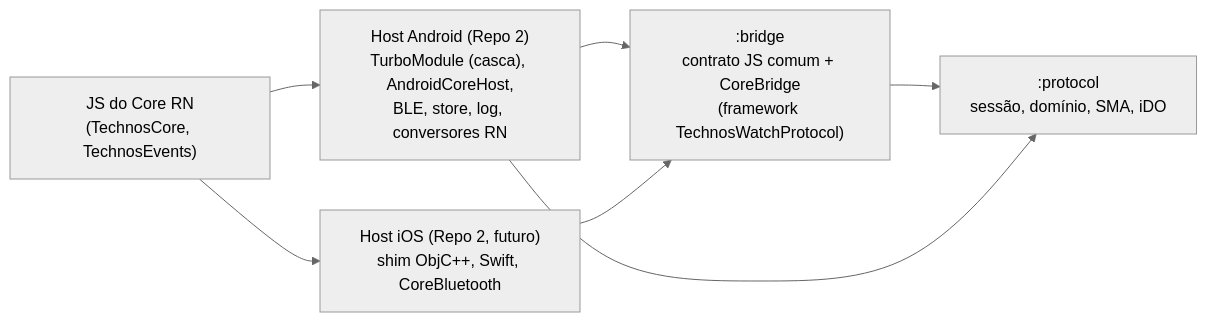
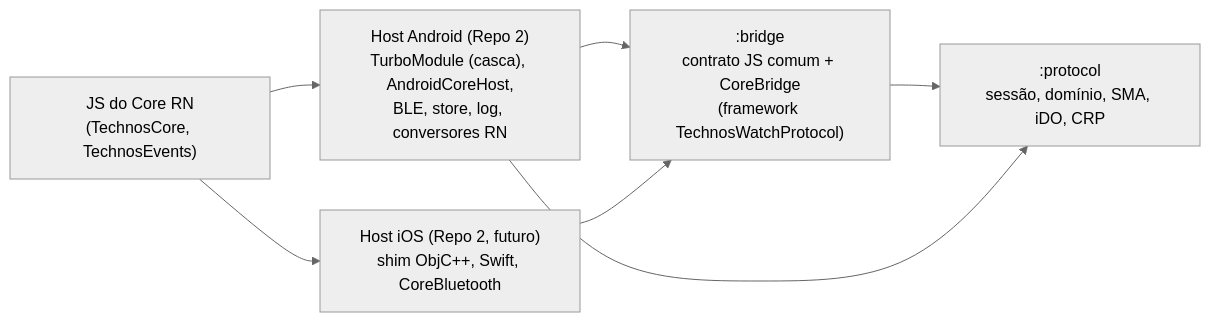
Before and after one commit to jsimonassi/technos-watch-protocol: the first of 8 diagrams in docs/arquitetura.md, drawn with Mermaid (neutral theme). The commit also changed other lines of this file and 78 other files, not shown here.

````diff
--- a/docs/arquitetura.md
+++ b/docs/arquitetura.md
@@ -16,14 +16,14 @@
 ```mermaid
 flowchart LR
 	rnjs["JS do Core RN<br/>(TechnosCore, TechnosEvents)"]
 	android["Host Android (Repo 2)<br/>TurboModule (casca), AndroidCoreHost,<br/>BLE, store, log, conversores RN"]
 	ios["Host iOS (Repo 2, futuro)<br/>shim ObjC++, Swift, CoreBluetooth"]
 	bridge[":bridge<br/>contrato JS comum + CoreBridge<br/>(framework TechnosWatchProtocol)"]
-	protocol[":protocol<br/>sessão, domínio, SMA, iDO"]
+	protocol[":protocol<br/>sessão, domínio, SMA, iDO, CRP"]
 	rnjs --> android
 	rnjs --> ios
 	android --> bridge
 	ios --> bridge
 	bridge --> protocol
 	android --> protocol
 ```
````
